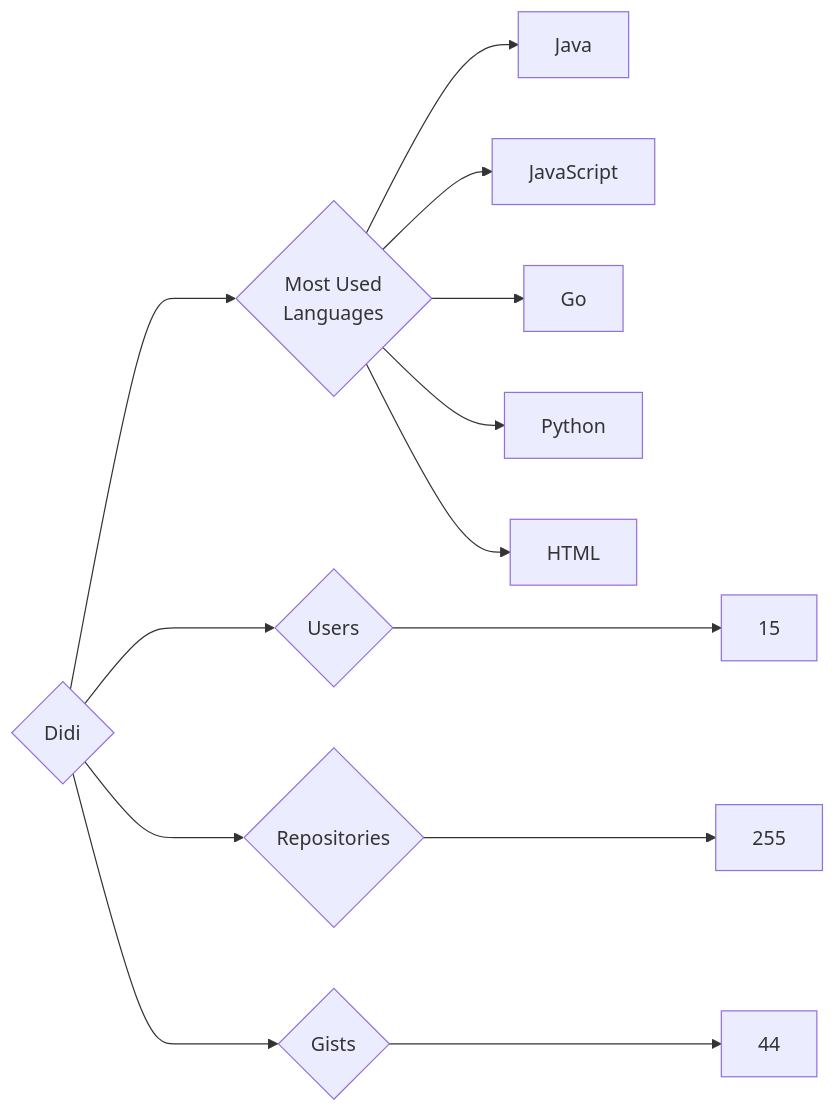
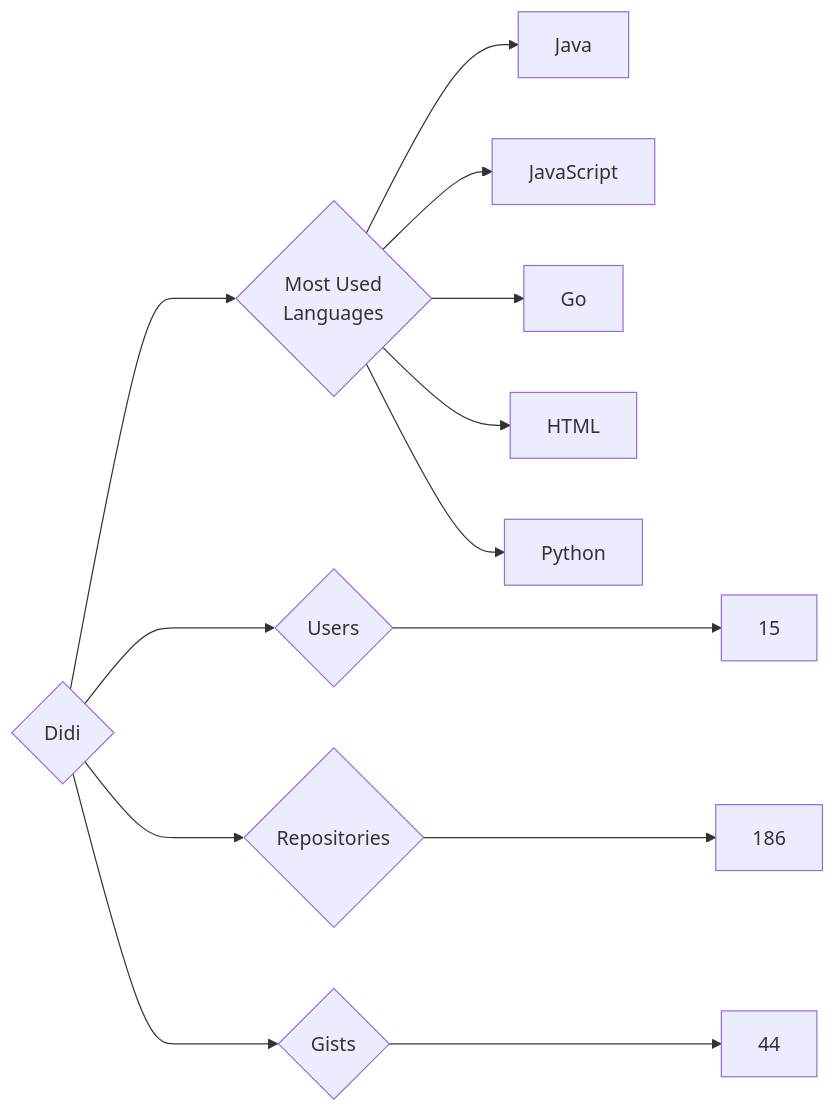
The diagram in targets/Didi/README.md (trickest/insiders), drawn with Mermaid before and after one commit. The commit also changed 1030 other files, not shown here.

````diff
--- a/targets/Didi/README.md
+++ b/targets/Didi/README.md
@@ -3,13 +3,13 @@
 ```mermaid
 graph LR
 COMPANY_NAME{Didi}
 COMPANY_NAME ---> U{Users} ---> UN[15]
-COMPANY_NAME ---> R{Repositories} ---> RN[255]
+COMPANY_NAME ---> R{Repositories} ---> RN[186]
 COMPANY_NAME ---> G{Gists} ---> GN[44]
 COMPANY_NAME ---> ML{Most Used<br>Languages}
 ML --> Java[Java]
 ML --> JavaScript[JavaScript]
 ML --> Go[Go]
+ML --> HTML[HTML]
 ML --> Python[Python]
-ML --> HTML[HTML]
 ```
````
